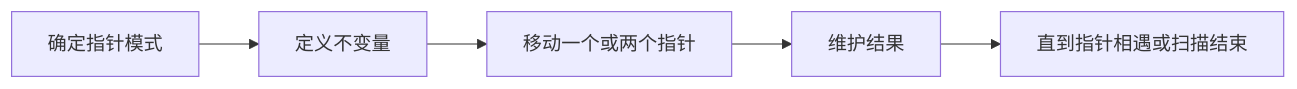
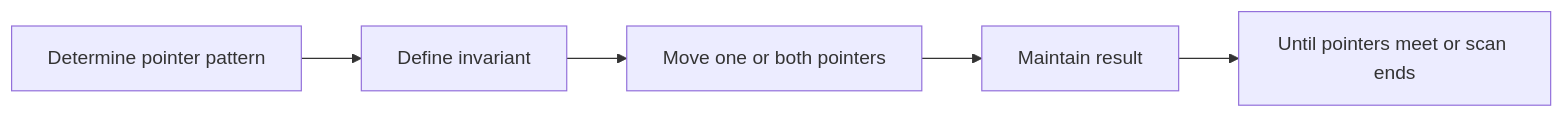
Before and after one commit to HONGLEI111/hhlblog-global: the second of 2 diagrams in src/content/technology/two-pointers-array.md, drawn with Mermaid. The commit also changed other lines of this file and 33 other files, not shown here.

First line of the commit message:
content(code): 翻译 mermaid 图节点标签（34 文件 / 267 处）

````diff
--- a/src/content/technology/two-pointers-array.md
+++ b/src/content/technology/two-pointers-array.md
@@ -242,7 +242,7 @@
 ```mermaid
 graph LR
-    A[确定指针模式] --> B[定义不变量]
-    B --> C[移动一个或两个指针]
-    C --> D[维护结果]
-    D --> E[直到指针相遇或扫描结束]
+    A[Determine pointer pattern] --> B[Define invariant]
+    B --> C[Move one or both pointers]
+    C --> D[Maintain result]
+    D --> E[Until pointers meet or scan ends]
 ```
````
